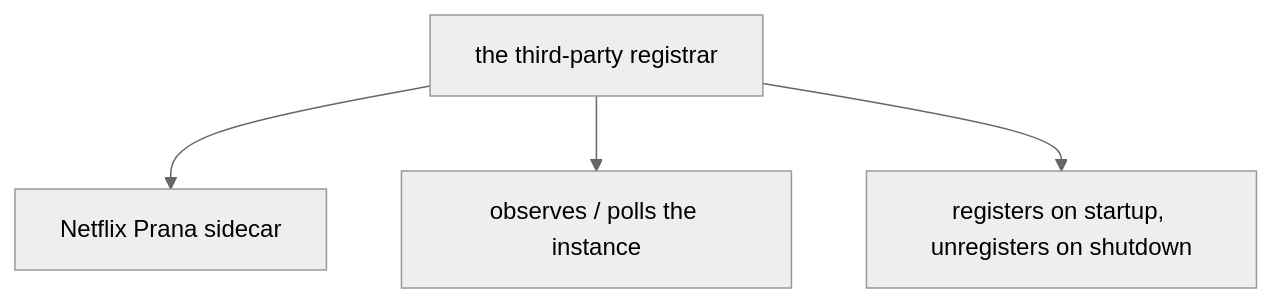
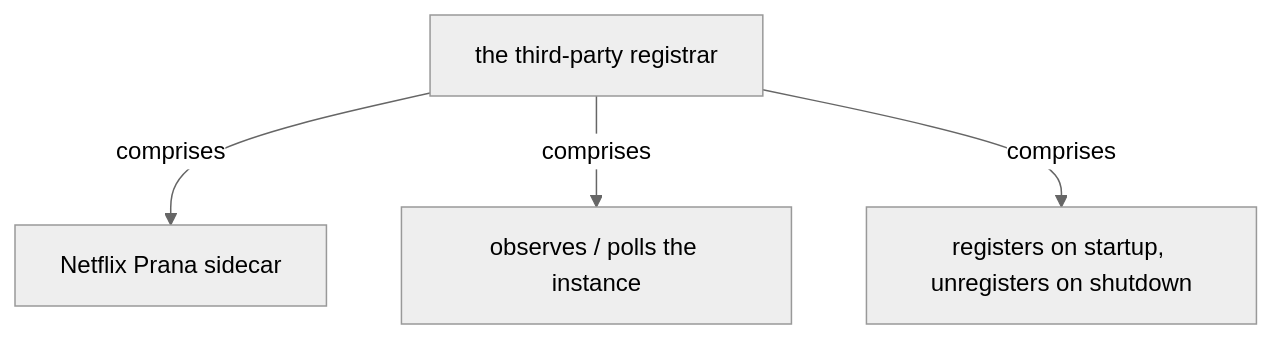
The fifth of 12 diagrams in docs/ch08-third-party-registration.md (vinayakuber/microservices-io-study-guide), drawn with Mermaid (neutral theme) before and after one commit. The commit also changed other lines of this file and 71 other files, not shown here.

First line of the commit message:
R18: label every diagram arrow with its meaning

````diff
--- a/docs/ch08-third-party-registration.md
+++ b/docs/ch08-third-party-registration.md
@@ -190,7 +190,7 @@
 ```mermaid
 flowchart TD
   R["the third-party registrar"]
-  R --> P0["Netflix Prana sidecar"]
-  R --> P1["observes / polls the instance"]
-  R --> P2["registers on startup, unregisters on shutdown"]
+  R -->|"comprises"| P0["Netflix Prana sidecar"]
+  R -->|"comprises"| P1["observes / polls the instance"]
+  R -->|"comprises"| P2["registers on startup, unregisters on shutdown"]
 ```
````
